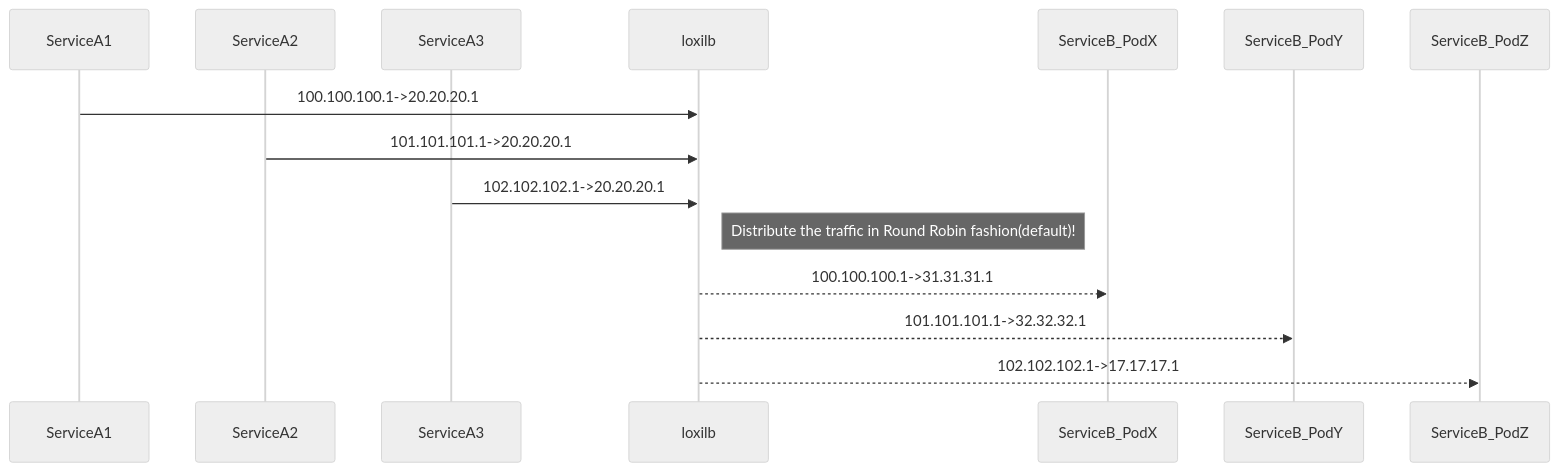
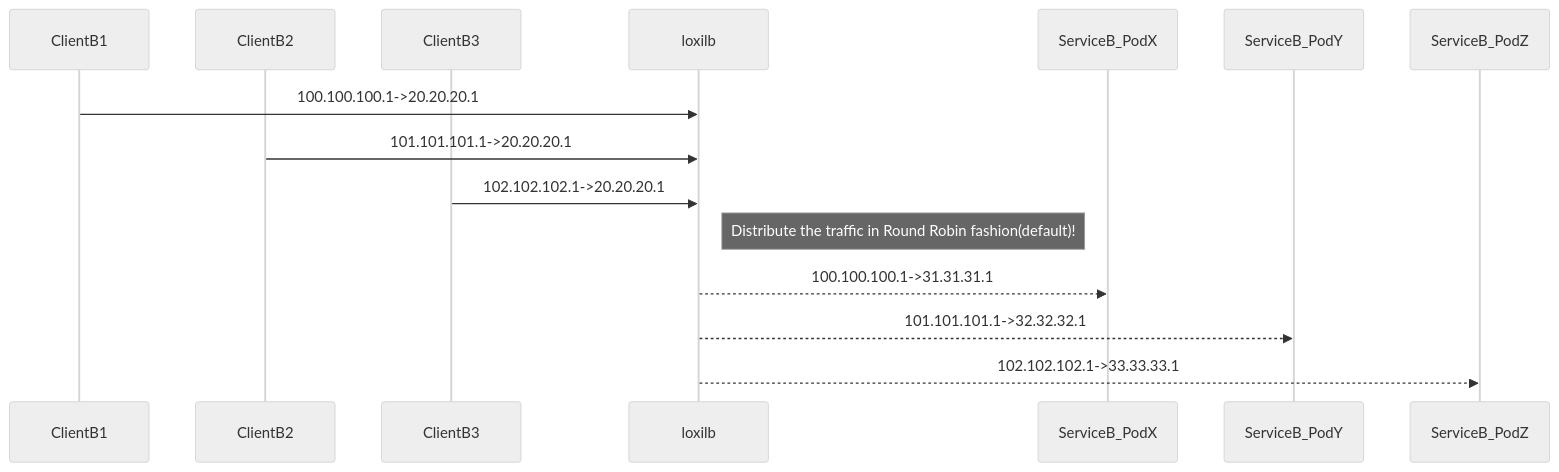
Before and after one commit to loxilb-io/loxilbdocs: the second of 2 diagrams in docs/perf-multi.md, drawn with Mermaid (neutral theme). The commit also changed other lines of this file, not shown here.

````diff
--- a/docs/perf-multi.md
+++ b/docs/perf-multi.md
@@ -22,19 +22,19 @@
 ```mermaid
     
 sequenceDiagram
-    participant ServiceA1
-    participant ServiceA2
-    participant ServiceA3
+    participant ClientB1
+    participant ClientB2
+    participant ClientB3
     participant loxilb
     participant ServiceB_PodX
     participant ServiceB_PodY
     participant ServiceB_PodZ
-    ServiceA1->>loxilb: 100.100.100.1->20.20.20.1
-    ServiceA2->>loxilb: 101.101.101.1->20.20.20.1
-    ServiceA3->>loxilb: 102.102.102.1->20.20.20.1
+    ClientB1->>loxilb: 100.100.100.1->20.20.20.1
+    ClientB2->>loxilb: 101.101.101.1->20.20.20.1
+    ClientB3->>loxilb: 102.102.102.1->20.20.20.1
     Note right of loxilb: Distribute the traffic in Round Robin fashion(default)!
     loxilb-->>ServiceB_PodX: 100.100.100.1->31.31.31.1
     loxilb-->>ServiceB_PodY: 101.101.101.1->32.32.32.1
-    loxilb-->>ServiceB_PodZ: 102.102.102.1->17.17.17.1
+    loxilb-->>ServiceB_PodZ: 102.102.102.1->33.33.33.1
     
 ```
````
